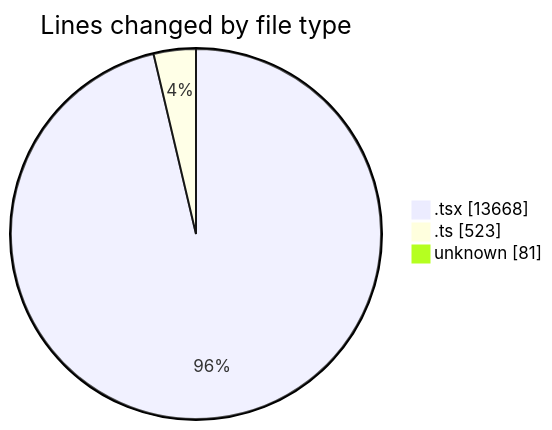
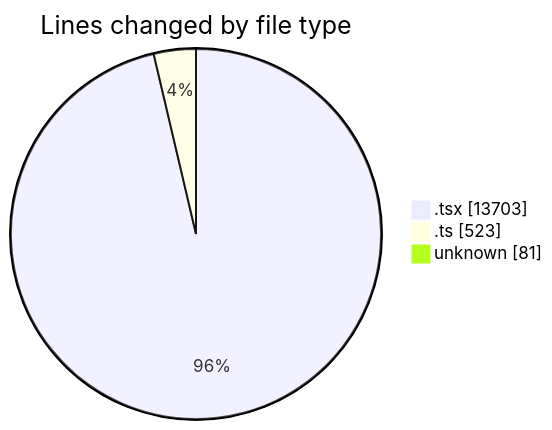
The first of 2 diagrams in 2026-04-05/nxtqube_webapp/README.md (nxtqubesakshisongat/code-tracking), drawn with Mermaid before and after one commit. The commit also changed other lines of this file and 1 other file, not shown here.

````diff
--- a/2026-04-05/nxtqube_webapp/README.md
+++ b/2026-04-05/nxtqube_webapp/README.md
@@ -27,7 +27,7 @@
 ```mermaid
 pie showData
 title Lines changed by file type
-".tsx" : 13668
+".tsx" : 13703
 ".ts" : 523
 "unknown" : 81
 ```
````
